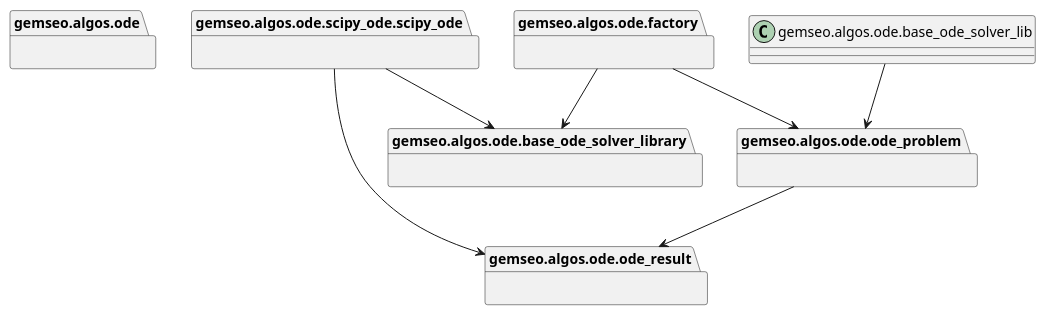
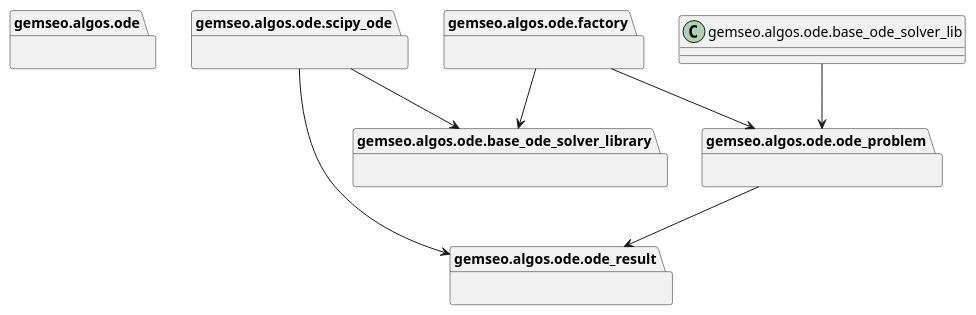
One commit to gemseo/gemseo changed the third of 3 diagrams in doc_src/ode/ode.rst. Above: the diagram before and after it, drawn with PlantUML. The commit also changed other lines of this file and 39 other files, not shown here.

```diff
--- a/doc_src/ode/ode.rst
+++ b/doc_src/ode/ode.rst
@@ -118,23 +119,23 @@
 .. uml::
 
     @startuml packages
     set namespaceSeparator none
     package "gemseo.algos.ode" as gemseo.algos.ode {
     }
-    package "gemseo.algos.ode.scipy_ode.scipy_ode" as gemseo.algos.ode.scipy_ode.scipy_ode {
+    package "gemseo.algos.ode.scipy_ode" as gemseo.algos.ode.scipy_ode {
     }
     package "gemseo.algos.ode.ode_problem" as gemseo.algos.ode.ode_problem {
     }
     package "gemseo.algos.ode.ode_result" as gemseo.algos.ode.ode_result {
     }
     package "gemseo.algos.ode.base_ode_solver_library" as gemseo.algos.ode.base_ode_solver_library {
     }
     package "gemseo.algos.ode.factory" as gemseo.algos.ode.factory {
     }
-    gemseo.algos.ode.scipy_ode.scipy_ode --> gemseo.algos.ode.ode_result
-    gemseo.algos.ode.scipy_ode.scipy_ode --> gemseo.algos.ode.base_ode_solver_library
+    gemseo.algos.ode.scipy_ode --> gemseo.algos.ode.ode_result
+    gemseo.algos.ode.scipy_ode --> gemseo.algos.ode.base_ode_solver_library
     gemseo.algos.ode.ode_problem --> gemseo.algos.ode.ode_result
     gemseo.algos.ode.base_ode_solver_lib --> gemseo.algos.ode.ode_problem
     gemseo.algos.ode.factory --> gemseo.algos.ode.ode_problem
     gemseo.algos.ode.factory --> gemseo.algos.ode.base_ode_solver_library
     @enduml
```
